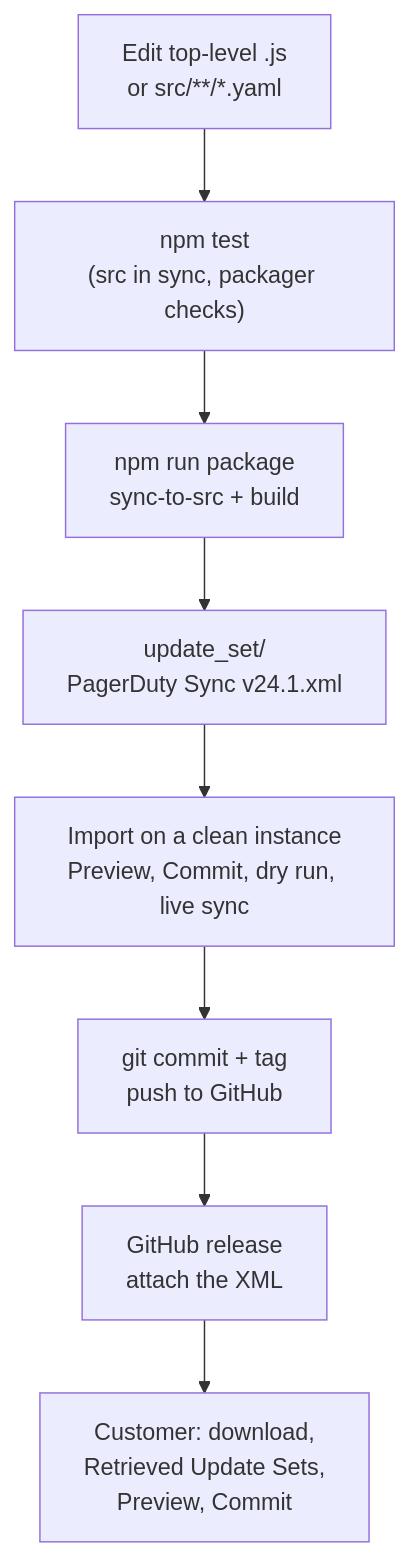
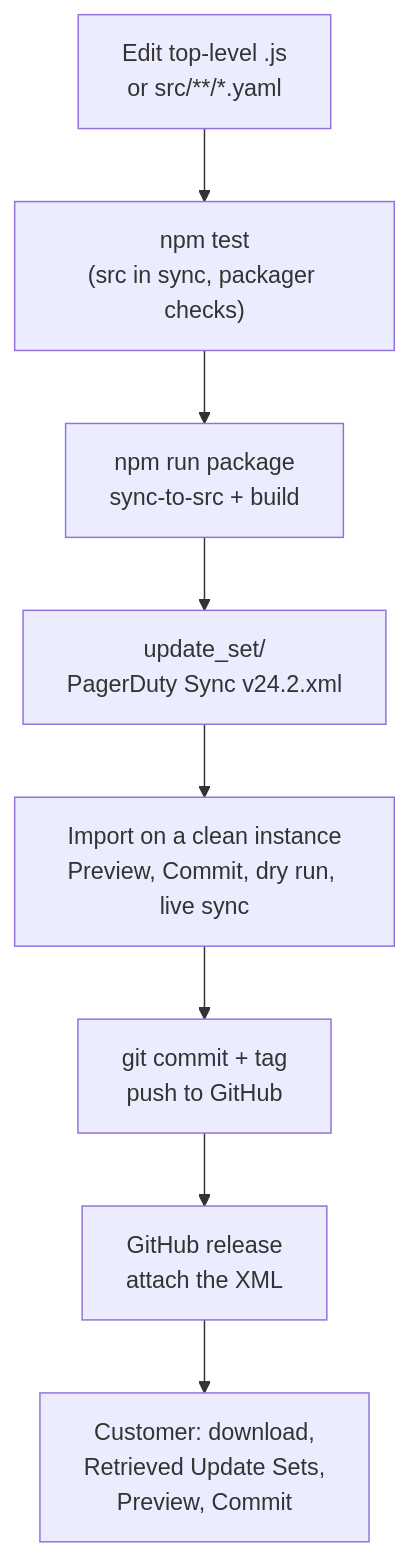
Before and after one commit to martindstone/snow-rota-sync: the fifth of 5 diagrams in README.md, drawn with Mermaid. The commit also changed other lines of this file and 12 other files, not shown here.

````diff
--- a/README.md
+++ b/README.md
@@ -294,10 +321,10 @@
 ```mermaid
 flowchart TB
   A["Edit top-level .js<br/>or src/**/*.yaml"] --> B["npm test<br/>(src in sync, packager checks)"]
   B --> C["npm run package<br/>sync-to-src + build"]
-  C --> D["update_set/<br/>PagerDuty Sync v24.1.xml"]
+  C --> D["update_set/<br/>PagerDuty Sync v24.2.xml"]
   D --> E["Import on a clean instance<br/>Preview, Commit, dry run, live sync"]
   E --> F["git commit + tag<br/>push to GitHub"]
   F --> G["GitHub release<br/>attach the XML"]
   G --> H["Customer: download,<br/>Retrieved Update Sets,<br/>Preview, Commit"]
 ```
````
